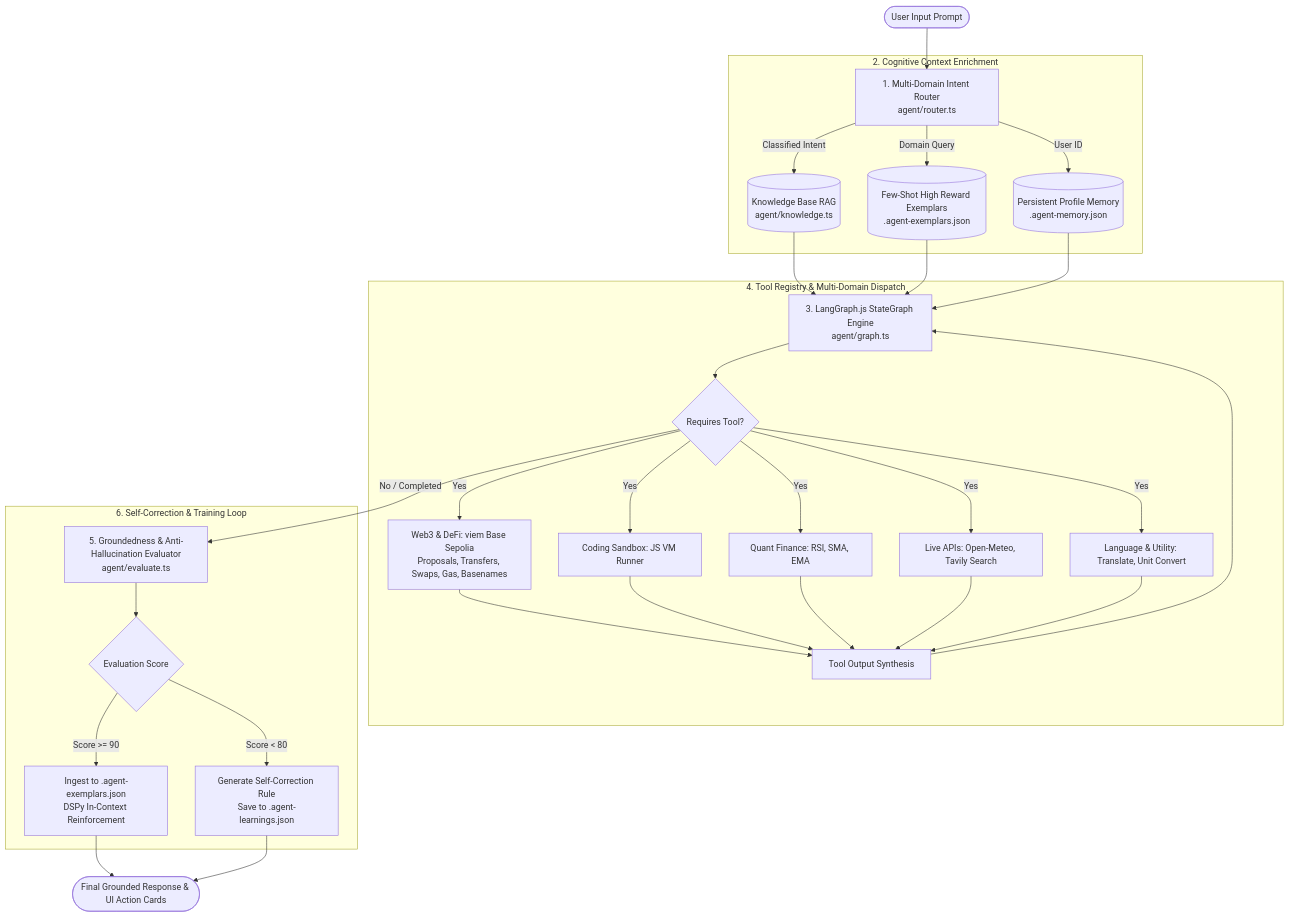
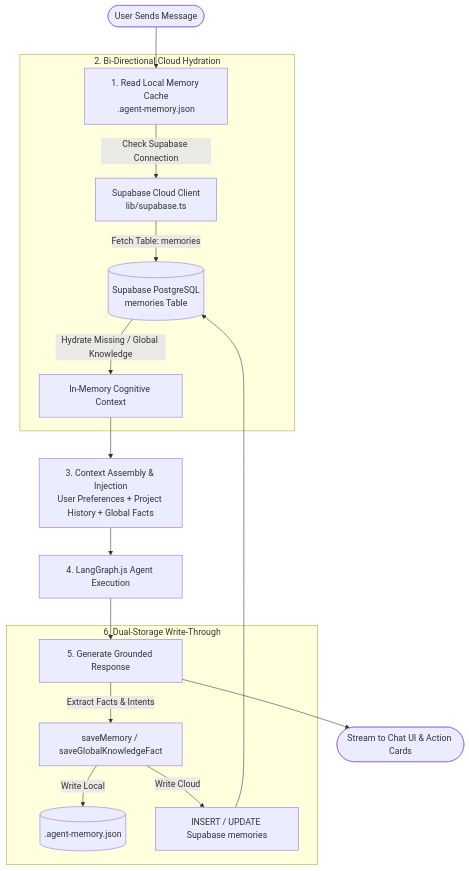
One commit to Khanh-09/Agentmaxxin changed the third of 5 diagrams in README.md. Above: the diagram before and after it, drawn with Mermaid. The commit also changed other lines of this file, not shown here.

Commit message:
docs: update README with 5 detailed Mermaid workflows, dual-storage memory architecture, and 10 use cases

````diff
--- a/README.md
+++ b/README.md
@@ -109,33 +122,23 @@
 ```mermaid
 flowchart TD
-    Start([User Input Prompt]) --> Router[1. Multi-Domain Intent Router\nagent/router.ts]
+    UserQuery([User Sends Message]) --> CheckCache[1. Read Local Memory Cache\n.agent-memory.json]
     
-    subgraph Context_Assembly [2. Cognitive Context Enrichment]
-        Router -->|Classified Intent| KB_RAG[(Knowledge Base RAG\nagent/knowledge.ts)]
-        Router -->|Domain Query| FewShot[(Few-Shot High Reward Exemplars\n.agent-exemplars.json)]
-        Router -->|User ID| Memory[(Persistent Profile Memory\n.agent-memory.json)]
+    subgraph Cloud_Hydration [2. Bi-Directional Cloud Hydration]
+        CheckCache -->|Check Supabase Connection| SupabaseClient[Supabase Cloud Client\nlib/supabase.ts]
+        SupabaseClient -->|Fetch Table: memories| SupabaseDB[(Supabase PostgreSQL\nmemories Table)]
+        SupabaseDB -->|Hydrate Missing / Global Knowledge| LocalMemory[In-Memory Cognitive Context]
     end
 
-    KB_RAG & FewShot & Memory --> LangGraph[3. LangGraph.js StateGraph Engine\nagent/graph.ts]
+    LocalMemory --> PromptAssembly[3. Context Assembly & Injection\nUser Preferences + Project History + Global Facts]
+    PromptAssembly --> AgentCore[4. LangGraph.js Agent Execution]
+    AgentCore --> GenerateResponse[5. Generate Grounded Response]
 
-    subgraph Execution_Loop [4. Tool Registry & Multi-Domain Dispatch]
-        LangGraph --> ToolCalling{Requires Tool?}
-        ToolCalling -->|Yes| Web3Tools[Web3 & DeFi: viem Base Sepolia\nProposals, Transfers, Swaps, Gas, Basenames]
-        ToolCalling -->|Yes| CodeTools[Coding Sandbox: JS VM Runner]
-        ToolCalling -->|Yes| QuantTools[Quant Finance: RSI, SMA, EMA]
-        ToolCalling -->|Yes| LiveAPIs[Live APIs: Open-Meteo, Tavily Search]
-        ToolCalling -->|Yes| LangTools[Language & Utility: Translate, Unit Convert]
-        Web3Tools & CodeTools & QuantTools & LiveAPIs & LangTools --> ToolResult[Tool Output Synthesis]
-        ToolResult --> LangGraph
+    subgraph Memory_Persistence [6. Dual-Storage Write-Through]
+        GenerateResponse -->|Extract Facts & Intents| SaveMemory[saveMemory / saveGlobalKnowledgeFact]
+        SaveMemory -->|Write Local| LocalStore[(.agent-memory.json)]
+        SaveMemory -->|Write Cloud| SupabaseSync[INSERT / UPDATE Supabase memories]
+        SupabaseSync --> SupabaseDB
     end
 
-    ToolCalling -->|No / Completed| Evaluator[5. Groundedness & Anti-Hallucination Evaluator\nagent/evaluate.ts]
-
-    subgraph Active_Learning [6. Self-Correction & Training Loop]
-        Evaluator --> ScoreCheck{Evaluation Score}
-        ScoreCheck -->|Score >= 90| SaveExemplar[Ingest to .agent-exemplars.json\nDSPy In-Context Reinforcement]
-        ScoreCheck -->|Score < 80| Reflect[Generate Self-Correction Rule\nSave to .agent-learnings.json]
-    end
-
-    SaveExemplar & Reflect --> Output([Final Grounded Response & UI Action Cards])
+    GenerateResponse --> OutputUI([Stream to Chat UI & Action Cards])
 ```
````
